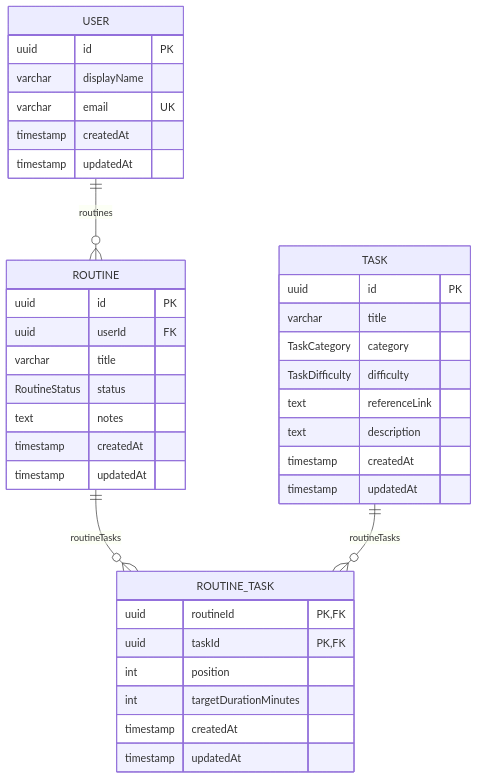
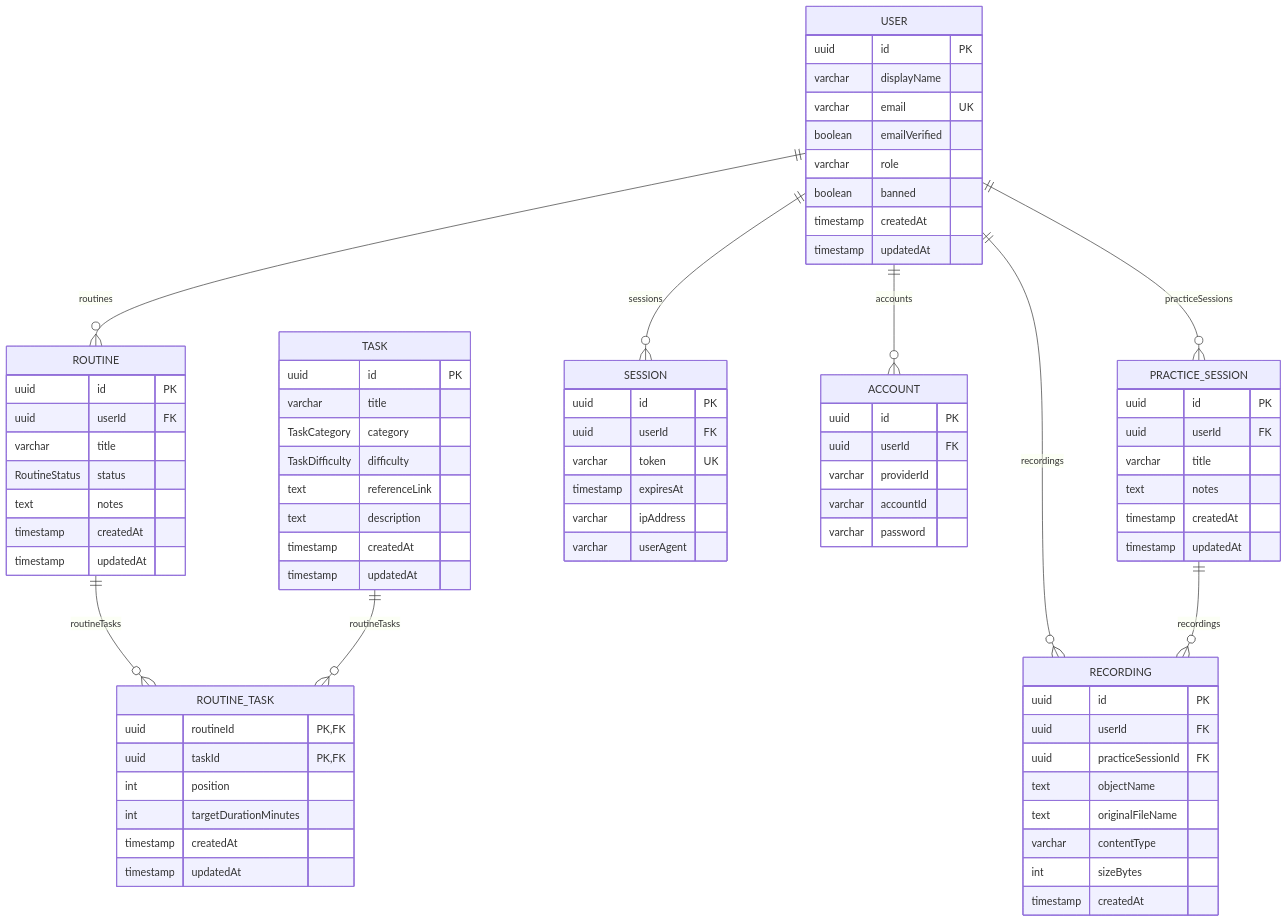
Before and after one commit to alecoelhodev/guitarcoach: the second of 2 diagrams in README.md, drawn with Mermaid. The commit also changed other lines of this file and 1 other file, not shown here.

Commit message:
feat: update documentation for project overview, architecture, and user flow

````diff
--- a/README.md
+++ b/README.md
@@ -22,13 +66,21 @@
 ```mermaid
 erDiagram
     USER ||--o{ ROUTINE : "routines"
+    USER ||--o{ PRACTICE_SESSION : "practiceSessions"
+    USER ||--o{ RECORDING : "recordings"
+    USER ||--o{ SESSION : "sessions"
+    USER ||--o{ ACCOUNT : "accounts"
     ROUTINE ||--o{ ROUTINE_TASK : "routineTasks"
     TASK ||--o{ ROUTINE_TASK : "routineTasks"
+    PRACTICE_SESSION ||--o{ RECORDING : "recordings"
 
     USER {
         uuid id PK
         varchar displayName
         varchar email UK
+        boolean emailVerified
+        varchar role
+        boolean banned
         timestamp createdAt
         timestamp updatedAt
     }
@@ -62,4 +114,41 @@
         timestamp createdAt
         timestamp updatedAt
     }
+
+    PRACTICE_SESSION {
+        uuid id PK
+        uuid userId FK
+        varchar title
+        text notes
+        timestamp createdAt
+        timestamp updatedAt
+    }
+
+    RECORDING {
+        uuid id PK
+        uuid userId FK
+        uuid practiceSessionId FK
+        text objectName
+        text originalFileName
+        varchar contentType
+        int sizeBytes
+        timestamp createdAt
+    }
+
+    SESSION {
+        uuid id PK
+        uuid userId FK
+        varchar token UK
+        timestamp expiresAt
+        varchar ipAddress
+        varchar userAgent
+    }
+
+    ACCOUNT {
+        uuid id PK
+        uuid userId FK
+        varchar providerId
+        varchar accountId
+        varchar password
+    }
 ```
````
